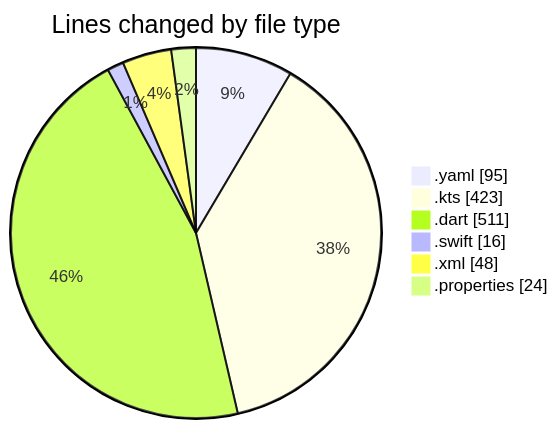
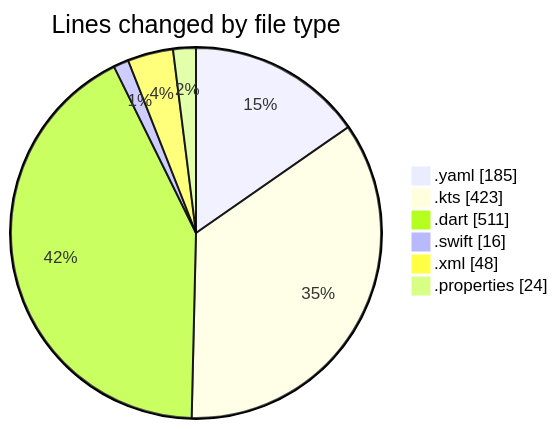
The first of 2 diagrams in 2025-02-16/uber_clone/README.md (donsfak/code-tracking), drawn with Mermaid before and after one commit. The commit also changed other lines of this file and 1 other file, not shown here.

````diff
--- a/2025-02-16/uber_clone/README.md
+++ b/2025-02-16/uber_clone/README.md
@@ -31,10 +31,10 @@
 ```mermaid
 pie showData
 title Lines changed by file type
-".yaml" : 95
+".yaml" : 185
 ".kts" : 423
 ".dart" : 511
 ".swift" : 16
 ".xml" : 48
 ".properties" : 24
 ```
````
